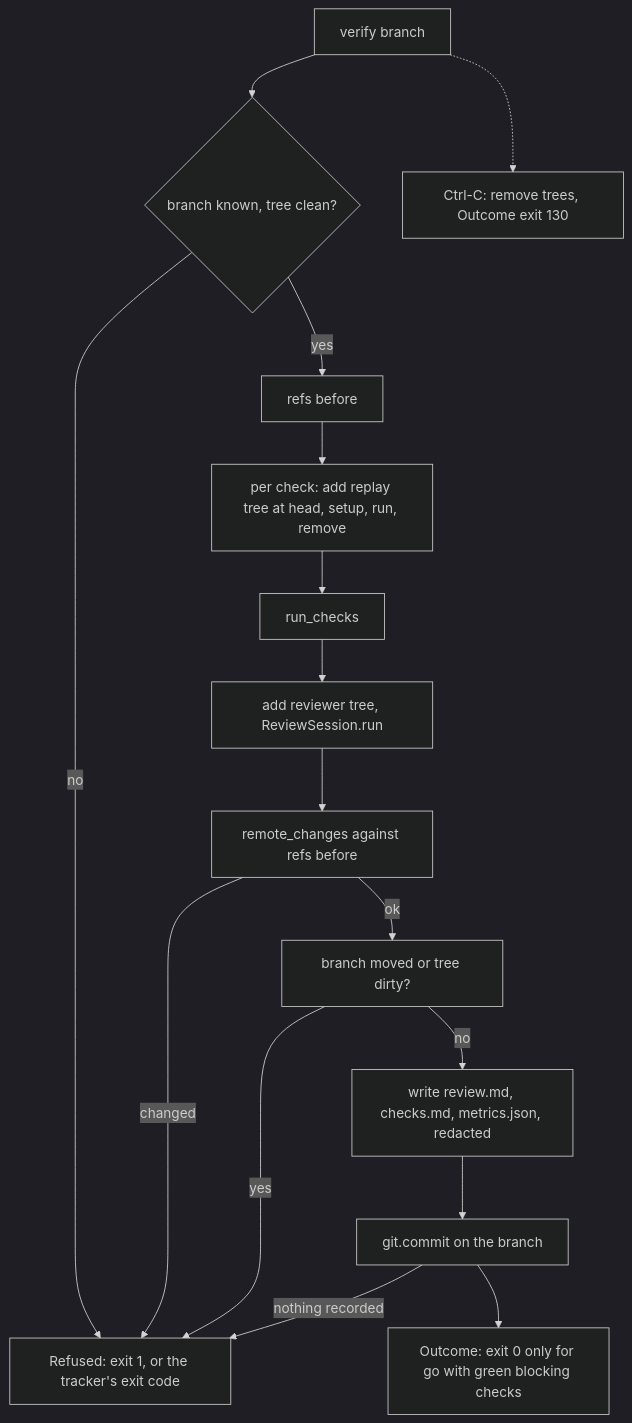
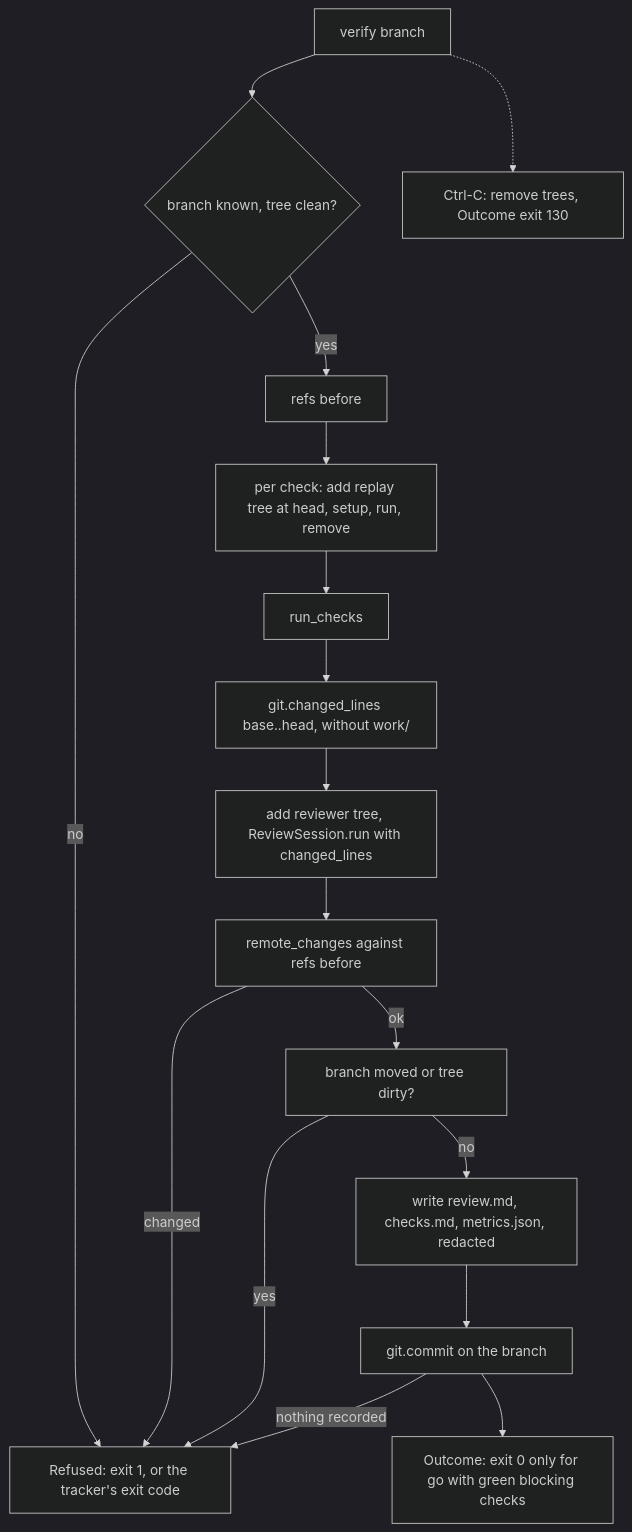
The first of 3 diagrams in docs/architecture/modules/verify.md (plaplanche/ariane), drawn with Mermaid (dark theme) before and after one commit. The commit also changed other lines of this file and 1 other file, not shown here.

Commit message:
#137: fix round 1

````diff
--- a/docs/architecture/modules/verify.md
+++ b/docs/architecture/modules/verify.md
@@ -30,18 +31,19 @@
 ```mermaid
 flowchart TD
   A[verify branch] --> B{branch known, tree clean?}
   B -- no --> X[Refused: exit 1, or the tracker's exit code]
   B -- yes --> C[refs before]
   C --> D[per check: add replay tree at head, setup, run, remove]
   D --> E[run_checks]
-  E --> F[add reviewer tree, ReviewSession.run]
+  E --> E2[git.changed_lines base..head, without work/]
+  E2 --> F[add reviewer tree, ReviewSession.run with changed_lines]
   F --> G[remote_changes against refs before]
   G -- changed --> X
   G -- ok --> H[branch moved or tree dirty?]
   H -- yes --> X
   H -- no --> I[write review.md, checks.md, metrics.json, redacted]
   I --> J[git.commit on the branch]
   J -- nothing recorded --> X
   J --> K[Outcome: exit 0 only for go with green blocking checks]
   A -.-> L[Ctrl-C: remove trees, Outcome exit 130]
 ```
````
